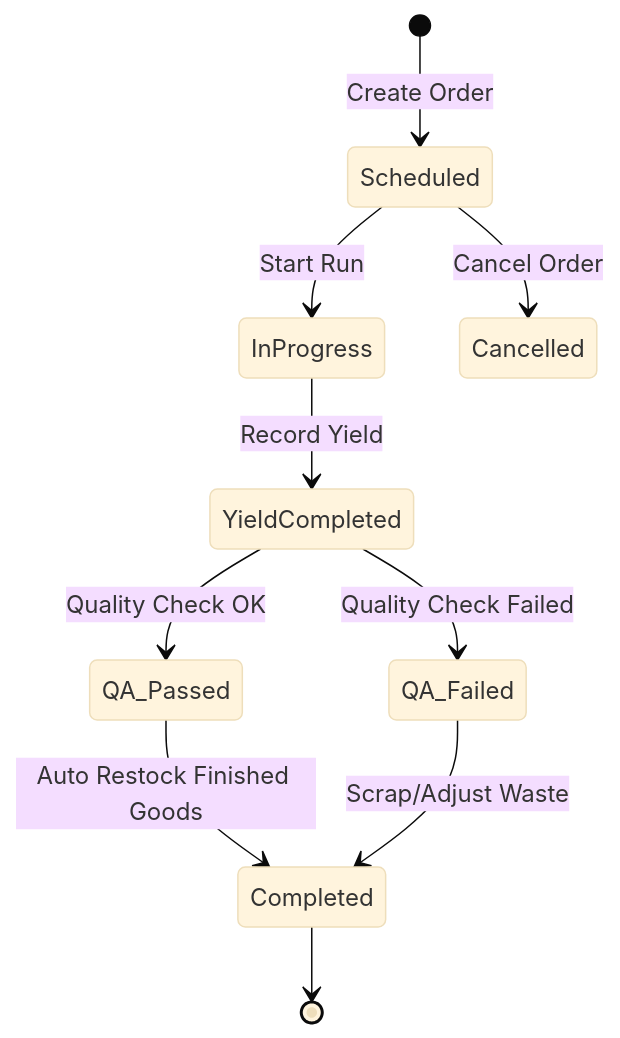
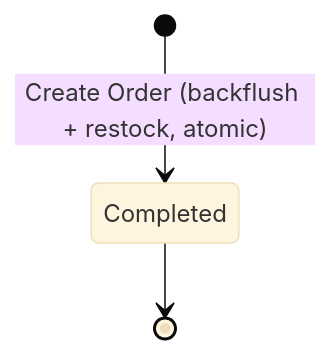
The first of 2 diagrams in knowledge-base/28.production-domain.md (imucreative/erp-bakery-2), drawn with Mermaid (base theme) before and after one commit. The commit also changed other lines of this file and 44 other files, not shown here.

````diff
--- a/knowledge-base/28.production-domain.md
+++ b/knowledge-base/28.production-domain.md
@@ -36,12 +40,5 @@
 ```mermaid
 stateDiagram-v2
-    [*] --> Scheduled : Create Order
-    Scheduled --> InProgress : Start Run
-    InProgress --> YieldCompleted : Record Yield
-    YieldCompleted --> QA_Passed : Quality Check OK
-    YieldCompleted --> QA_Failed : Quality Check Failed
-    QA_Passed --> Completed : Auto Restock Finished Goods
-    QA_Failed --> Completed : Scrap/Adjust Waste
-    Scheduled --> Cancelled : Cancel Order
+    [*] --> Completed : Create Order (backflush + restock, atomic)
     Completed --> [*]
 ```
````
